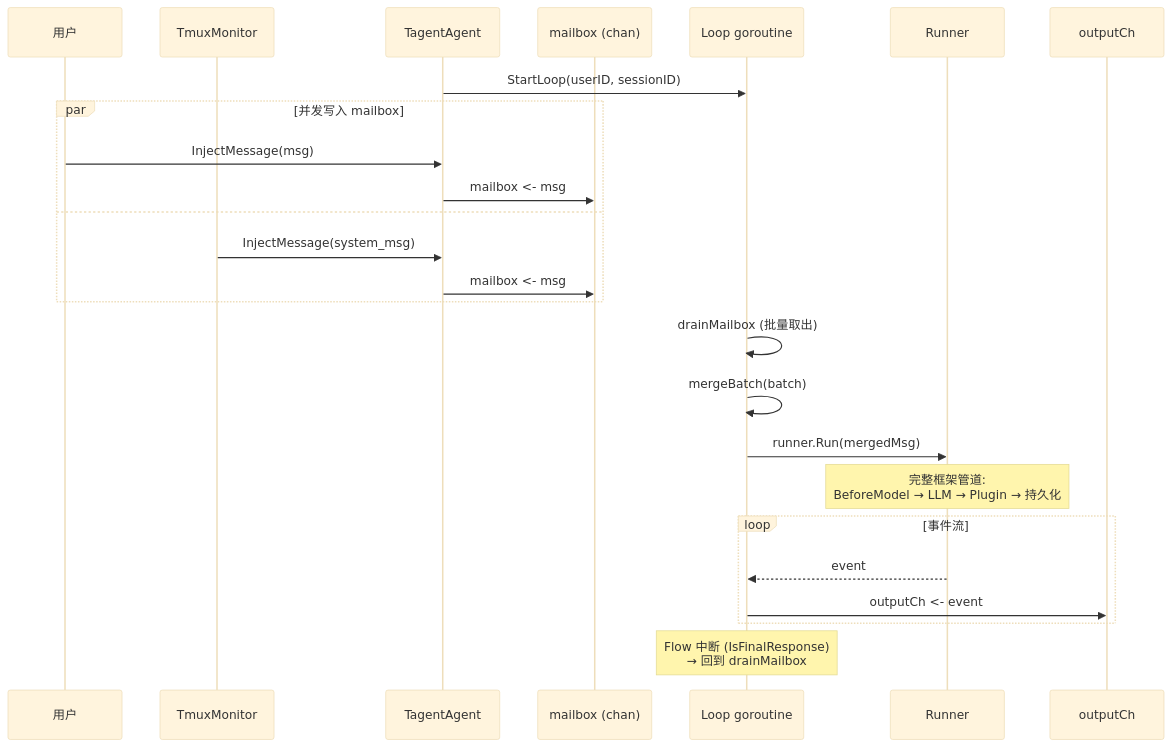
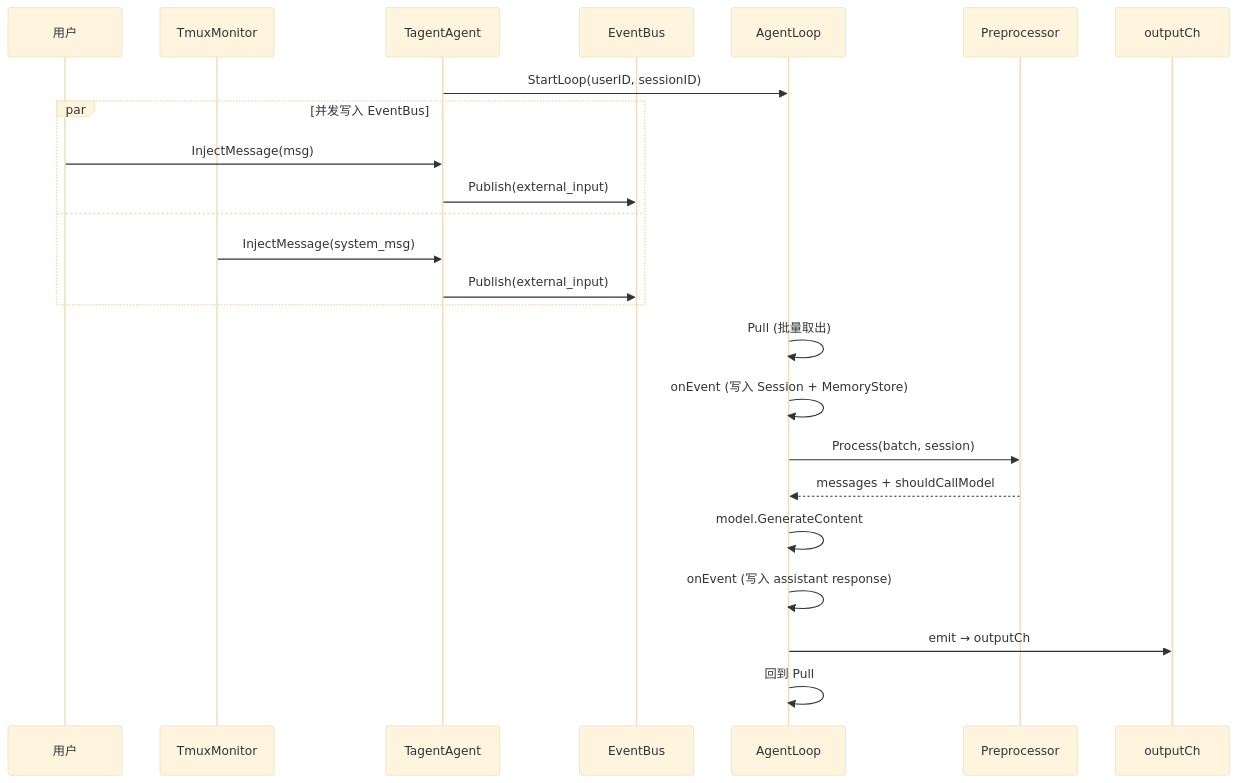
The seventh of 9 diagrams in README.md (SpellingDragon/tagent), drawn with Mermaid (base theme) before and after one commit. The commit also changed other lines of this file and 8 other files, not shown here.

First line of the commit message:
docs: align wiki and README with event-driven architecture

````diff
--- a/README.md
+++ b/README.md
@@ -322,33 +328,29 @@
 ```mermaid
 sequenceDiagram
     participant U as 用户
     participant TM as TmuxMonitor
     participant TA as TagentAgent
-    participant MB as mailbox (chan)
-    participant L as Loop goroutine
-    participant R as Runner
+    participant EB as EventBus
+    participant AL as AgentLoop
+    participant PP as Preprocessor
     participant OC as outputCh
 
-    TA->>L: StartLoop(userID, sessionID)
+    TA->>AL: StartLoop(userID, sessionID)
 
-    par 并发写入 mailbox
+    par 并发写入 EventBus
         U->>TA: InjectMessage(msg)
-        TA->>MB: mailbox <- msg
+        TA->>EB: Publish(external_input)
     and
         TM->>TA: InjectMessage(system_msg)
-        TA->>MB: mailbox <- msg
+        TA->>EB: Publish(external_input)
     end
 
-    L->>L: drainMailbox (批量取出)
-    L->>L: mergeBatch(batch)
-    L->>R: runner.Run(mergedMsg)
-
-    Note over R: 完整框架管道:<br/>BeforeModel → LLM → Plugin → 持久化
-
-    loop 事件流
-        R-->>L: event
-        L->>OC: outputCh <- event
-    end
-
-    Note over L: Flow 中断 (IsFinalResponse)<br/>→ 回到 drainMailbox
+    AL->>AL: Pull (批量取出)
+    AL->>AL: onEvent (写入 Session + MemoryStore)
+    AL->>PP: Process(batch, session)
+    PP-->>AL: messages + shouldCallModel
+    AL->>AL: model.GenerateContent
+    AL->>AL: onEvent (写入 assistant response)
+    AL->>OC: emit → outputCh
+    AL->>AL: 回到 Pull
 ```
````
